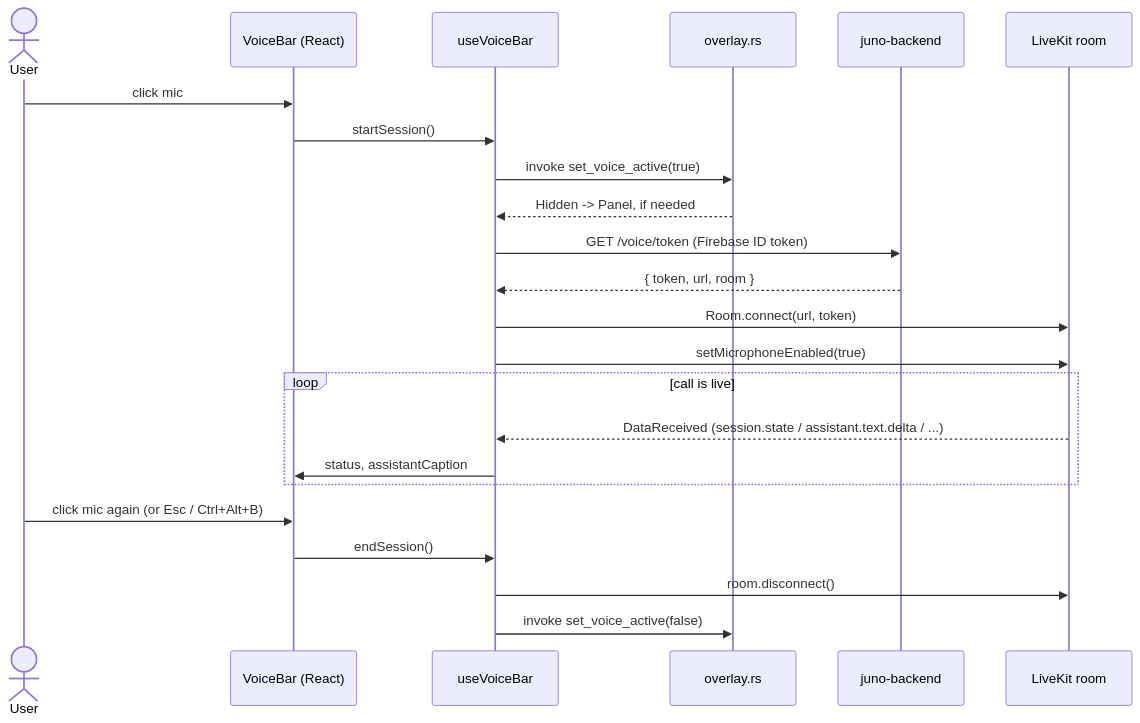
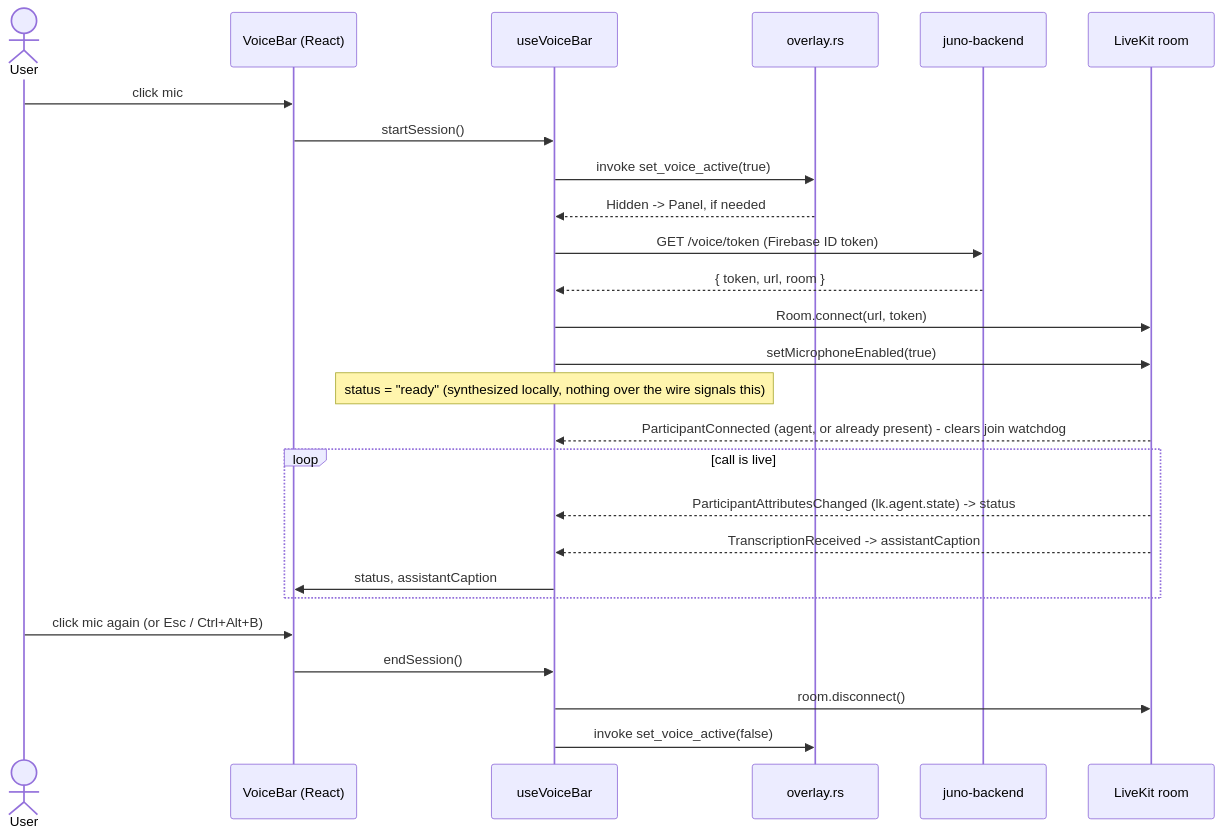
One commit to AuraVoice/Aura-Desktop changed the third of 5 diagrams in README.md. Above: the diagram before and after it, drawn with Mermaid. The commit also changed other lines of this file and 8 other files, not shown here.

````diff
--- a/README.md
+++ b/README.md
@@ -128,26 +142,29 @@
 ```mermaid
 sequenceDiagram
     actor User
     participant Bar as VoiceBar (React)
     participant Hook as useVoiceBar
     participant Rust as overlay.rs
     participant Backend as juno-backend
     participant LK as LiveKit room
 
     User->>Bar: click mic
     Bar->>Hook: startSession()
     Hook->>Rust: invoke set_voice_active(true)
     Rust-->>Hook: Hidden -> Panel, if needed
     Hook->>Backend: GET /voice/token (Firebase ID token)
     Backend-->>Hook: { token, url, room }
     Hook->>LK: Room.connect(url, token)
     Hook->>LK: setMicrophoneEnabled(true)
+    Note over Hook: status = "ready" (synthesized locally, nothing over the wire signals this)
+    LK-->>Hook: ParticipantConnected (agent, or already present) - clears join watchdog
     loop call is live
-        LK-->>Hook: DataReceived (session.state / assistant.text.delta / ...)
+        LK-->>Hook: ParticipantAttributesChanged (lk.agent.state) -> status
+        LK-->>Hook: TranscriptionReceived -> assistantCaption
         Hook->>Bar: status, assistantCaption
     end
     User->>Bar: click mic again (or Esc / Ctrl+Alt+B)
     Bar->>Hook: endSession()
     Hook->>LK: room.disconnect()
     Hook->>Rust: invoke set_voice_active(false)
 ```
````
